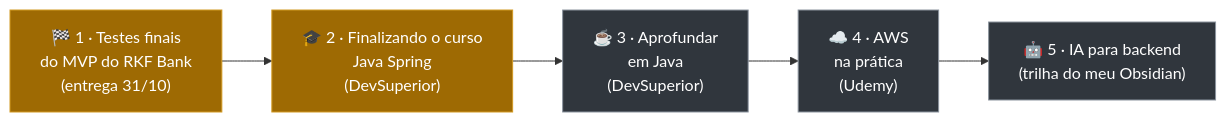
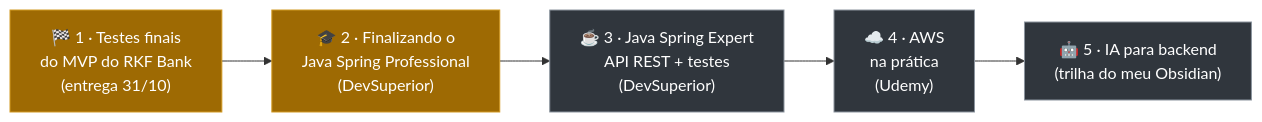
Before and after one commit to k3vinrich4rd/k3vinrich4rd: diagram 14 of 20 in README.md, drawn with Mermaid. The commit also changed other lines of this file and 6 other files, not shown here.

````diff
--- a/README.md
+++ b/README.md
@@ -1591,9 +1591,9 @@
 ```mermaid
 flowchart LR
-    A["🏁 1 · Testes finais<br/>do MVP do RKF Bank<br/>(entrega 31/10)"]:::agora --> B["🎓 2 · Finalizando o curso<br/>Java Spring<br/>(DevSuperior)"]:::agora
-    B --> C["☕ 3 · Aprofundar<br/>em Java<br/>(DevSuperior)"]:::proximo
+    A["🏁 1 · Testes finais<br/>do MVP do RKF Bank<br/>(entrega 31/10)"]:::agora --> B["🎓 2 · Finalizando o<br/>Java Spring Professional<br/>(DevSuperior)"]:::agora
+    B --> C["☕ 3 · Java Spring Expert<br/>API REST + testes<br/>(DevSuperior)"]:::proximo
     C --> D["☁️ 4 · AWS<br/>na prática<br/>(Udemy)"]:::proximo
     D --> E["🤖 5 · IA para backend<br/>(trilha do meu Obsidian)"]:::proximo
     classDef agora fill:#9e6a03,stroke:#d29922,color:#fff
     classDef proximo fill:#30363d,stroke:#8b949e,color:#fff
 ```
````
